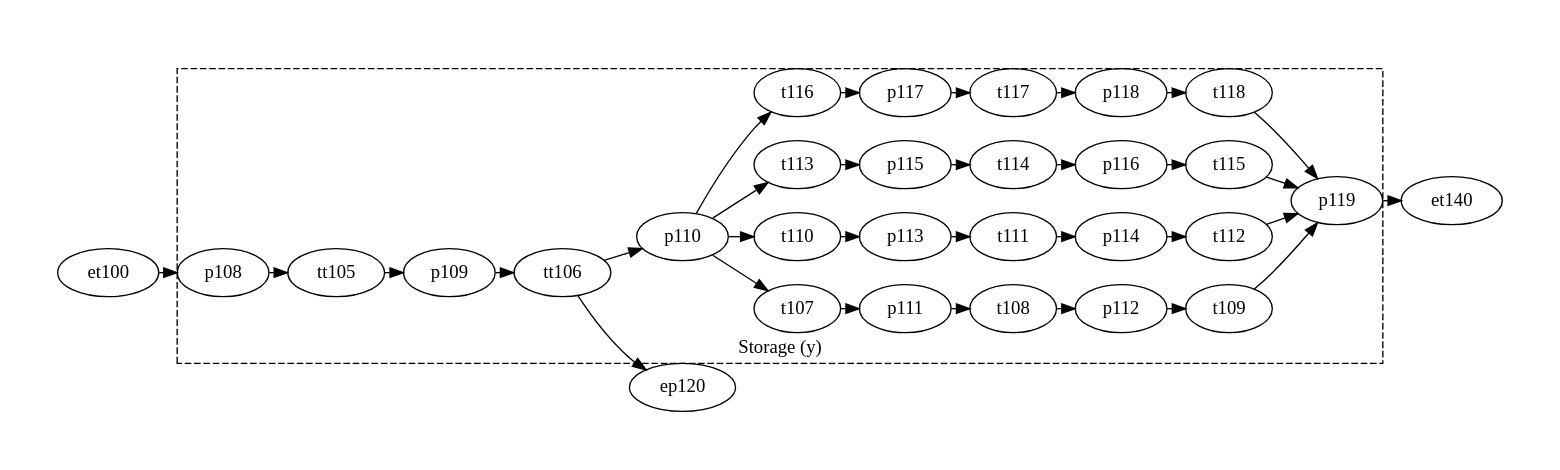
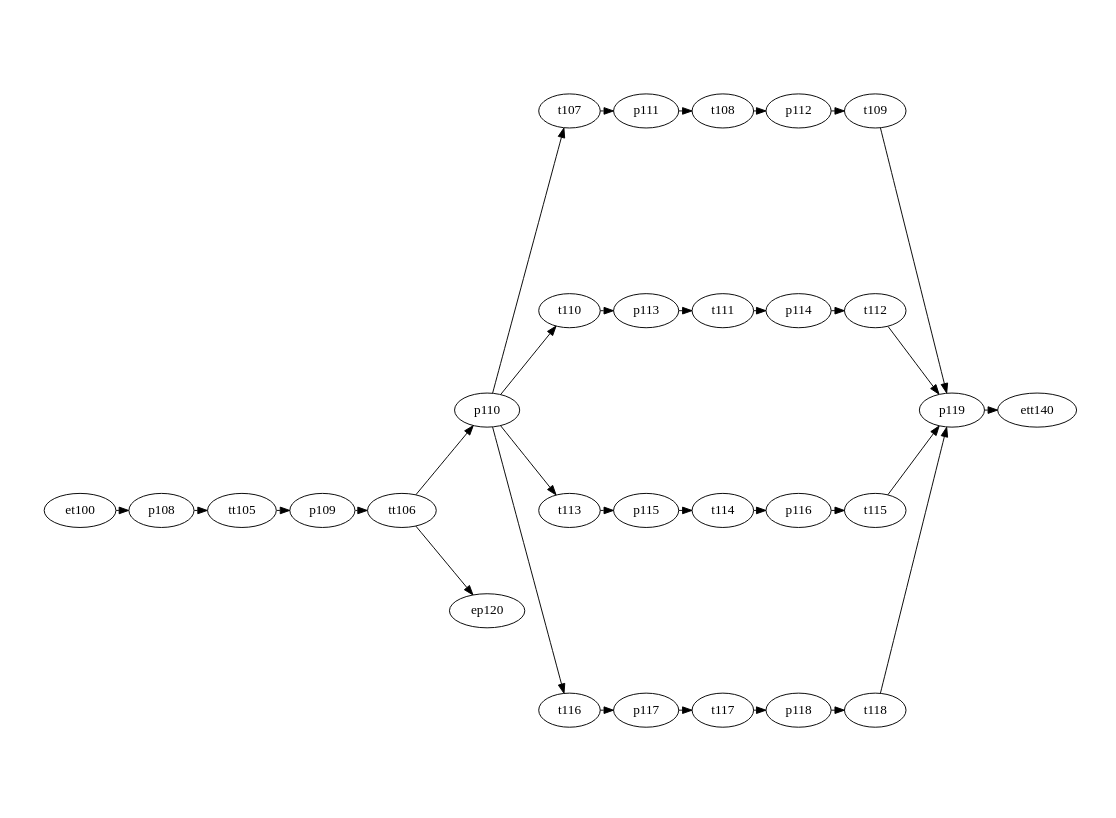
Before and after one commit to Accacio/docsTCC: the diagram in figures/petriNets/dot/7-storageY/storageY.dot, drawn with Graphviz. The commit also changed 63 other files, not shown here.

```diff
--- a/figures/petriNets/dot/7-storageY/storageY.dot
+++ b/figures/petriNets/dot/7-storageY/storageY.dot
@@ -1,98 +1,99 @@
 
 digraph A {
     # splines = ortho
     rankdir=LR;
     ratio=fill
     graph [pad="0.5", nodesep="0.25", ranksep="0.2"];
     margin=0;
+    size="11.7,8.3!"
 
 # Modulo armazenador y
 
     p108
     p109
     p110
     p111
     p112
     p113
     p114
     p115
     p116
     p117
     p118
     p119
 
     tt105
     tt106
     t107
     t108
     t109
     t110
     t111
     t112
     t113
     t114
     t115
     t116
     t117
     t118
 
 
-subgraph cluster_7 {
-  label="Storage (y)";
-  labelloc = b
-  style="dashed"
+# subgraph cluster_7 {
+#   label="Storage (y)";
+#   labelloc = b
+#   style="dashed"
   # color="red"
   # pre
 
   p108 -> tt105
   p109 -> tt106
 
   p110 -> t107
   p110 -> t110
   p110 -> t113
   p110 -> t116
 
 
   p111 -> t108
   p112 -> t109
   p113 -> t111
   p114 -> t112
   p115 -> t114
   p116 -> t115
   p117 -> t117
   p118 -> t118
 
 
 
 
   #pos
 
   tt105 -> p109
   tt106 -> p110
   t107 -> p111
   t108 -> p112
   t109 -> p119
   t110 -> p113
   t111 -> p114
   t112 -> p119
   t113 -> p115
   t114 -> p116
   t115 -> p119
   t116 -> p117
   t117 -> p118
   t118 -> p119
 
 
-}
+# }
 
 et100
 
 et100 -> p108
 ep120
 
 tt106 -> ep120
-et140
-p119 -> et140
+ett140
+p119 -> ett140
 
 
 }
```
